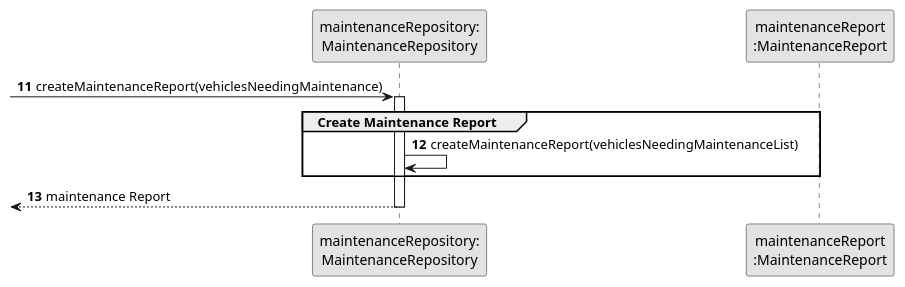
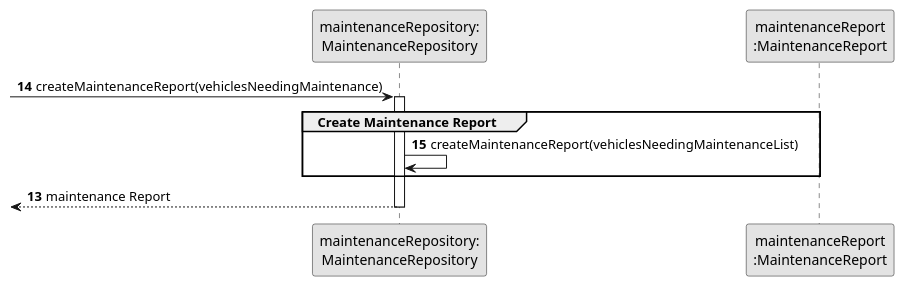
Before and after one commit to ricardomm7/leaflink: the diagram in docs/sprintC/us008/03.design/puml/us008-sequence-diagram-partial-create-maintenance-report.puml, drawn with PlantUML. The commit also changed 12 other files, not shown here.

```diff
--- a/docs/sprintC/us008/03.design/puml/us008-sequence-diagram-partial-create-maintenance-report.puml
+++ b/docs/sprintC/us008/03.design/puml/us008-sequence-diagram-partial-create-maintenance-report.puml
@@ -1,26 +1,26 @@
 @startuml
 skinparam monochrome true
 skinparam packageStyle rectangle
 skinparam shadowing false
 
 participant "maintenanceRepository:\nMaintenanceRepository" as MaintenanceRepository
 participant "maintenanceReport\n:MaintenanceReport" as MaintenanceReport
 
-autonumber 11
+autonumber 14
 -> MaintenanceRepository : createMaintenanceReport(vehiclesNeedingMaintenance)
 activate MaintenanceRepository
 
     group Create Maintenance Report
 
          MaintenanceRepository -> MaintenanceRepository: createMaintenanceReport(vehiclesNeedingMaintenanceList)
 
 
     end group
 
     autonumber 13
     <-- MaintenanceRepository : maintenance Report
 
 deactivate MaintenanceRepository
 
 
 @enduml
```
